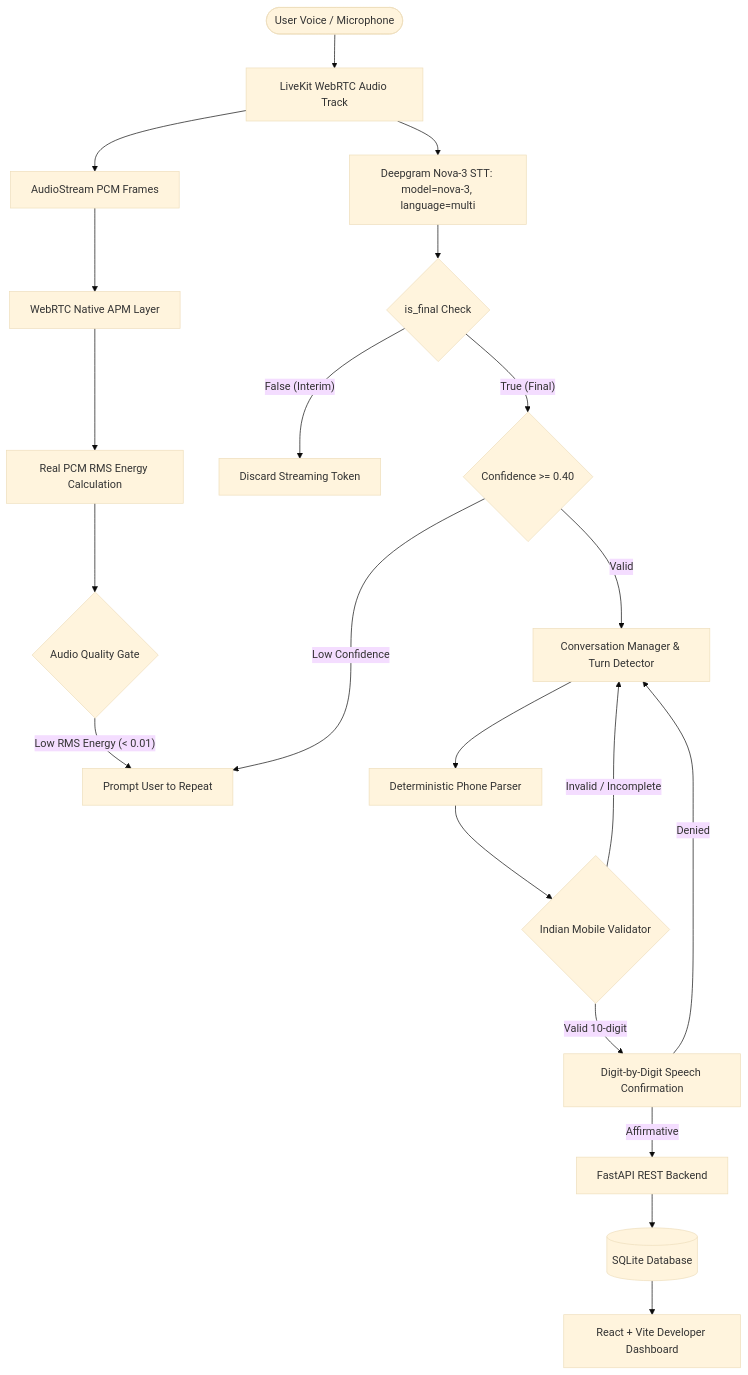
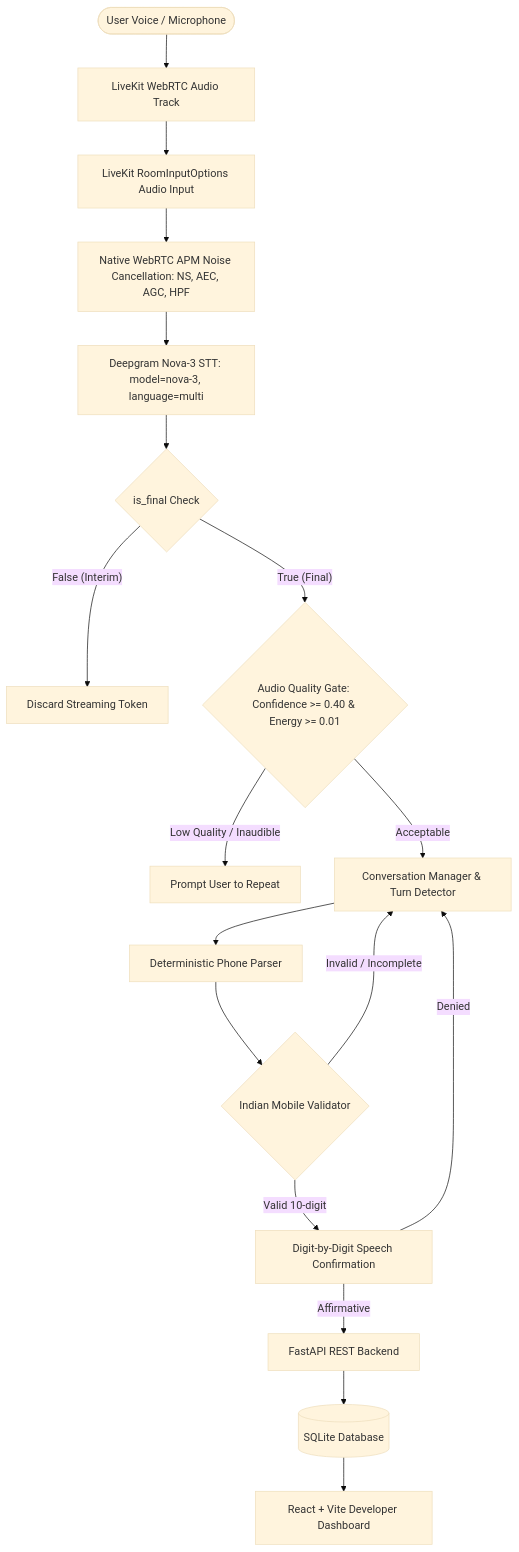
Before and after one commit to Sudhanshu-Roy/voice-agent-assignment: the diagram in README.md, drawn with Mermaid (base theme). The commit also changed other lines of this file and 3 other files, not shown here.

Commit message:
fix voice audio pipeline and noise cancellation

````diff
--- a/README.md
+++ b/README.md
@@ -36,23 +36,20 @@
 ```mermaid
 graph TD
     User([User Voice / Microphone]) --> LiveKit[LiveKit WebRTC Audio Track]
-    LiveKit --> AudioStream[AudioStream PCM Frames]
-    AudioStream --> NoiseSuppression[WebRTC Native APM Layer]
-    NoiseSuppression --> RMSCalculation[Real PCM RMS Energy Calculation]
-    RMSCalculation --> QualityGate{Audio Quality Gate}
-    QualityGate -- Low RMS Energy (< 0.01) --> RepeatPrompt[Prompt User to Repeat]
-    LiveKit --> STT[Deepgram Nova-3 STT: model=nova-3, language=multi]
+    LiveKit --> RoomIO[LiveKit RoomInputOptions Audio Input]
+    RoomIO --> NoiseCancellation[Native WebRTC APM Noise Cancellation: NS, AEC, AGC, HPF]
+    NoiseCancellation --> STT[Deepgram Nova-3 STT: model=nova-3, language=multi]
     STT --> InterimFilter{is_final Check}
     InterimFilter -- False (Interim) --> Drop[Discard Streaming Token]
-    InterimFilter -- True (Final) --> FinalConfidence{Confidence >= 0.40}
-    FinalConfidence -- Low Confidence --> RepeatPrompt
-    FinalConfidence -- Valid --> ConversationManager[Conversation Manager & Turn Detector]
+    InterimFilter -- True (Final) --> QualityGate{Audio Quality Gate: Confidence >= 0.40 & Energy >= 0.01}
+    QualityGate -- Low Quality / Inaudible --> RepeatPrompt[Prompt User to Repeat]
+    QualityGate -- Acceptable --> ConversationManager[Conversation Manager & Turn Detector]
     ConversationManager --> PhoneParser[Deterministic Phone Parser]
     PhoneParser --> Validator{Indian Mobile Validator}
     Validator -- Invalid / Incomplete --> ConversationManager
     Validator -- Valid 10-digit --> Confirmation[Digit-by-Digit Speech Confirmation]
     Confirmation -- Affirmative --> FastAPI[FastAPI REST Backend]
     Confirmation -- Denied --> ConversationManager
     FastAPI --> SQLite[(SQLite Database)]
     SQLite --> Dashboard[React + Vite Developer Dashboard]
 ```
````
